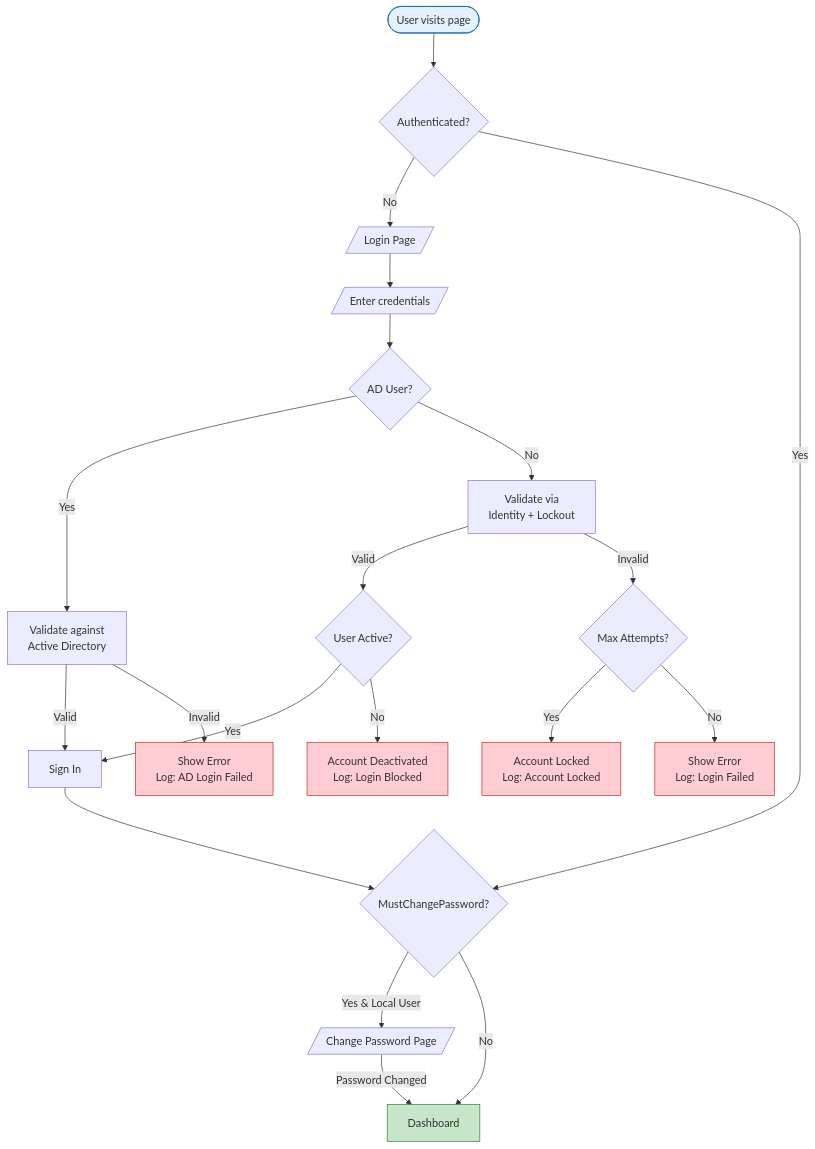
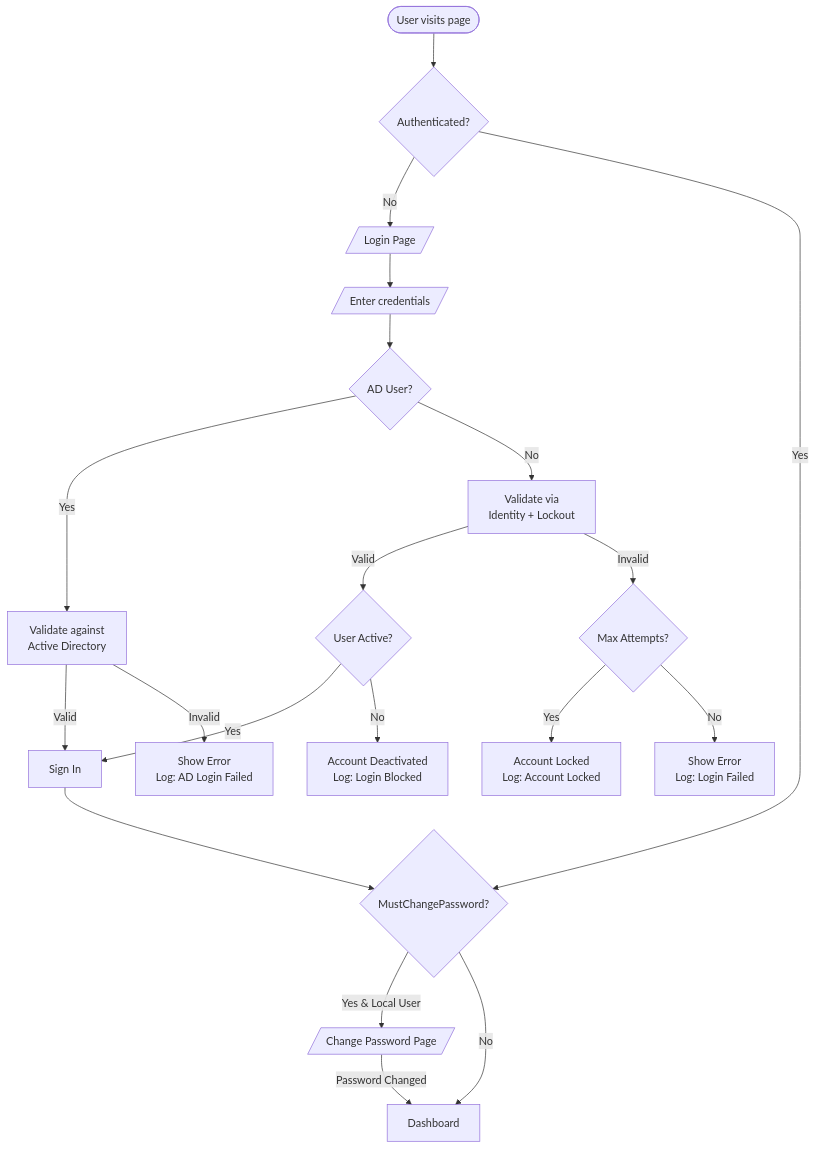
The fourth of 9 diagrams in README.md (aminabibi19961996-gif/LostAndFoundApp), drawn with Mermaid before and after one commit. The commit also changed other lines of this file, not shown here.

Commit message:
fix: remove custom Mermaid colors for GitHub theme compatibility

````diff
--- a/README.md
+++ b/README.md
@@ -504,36 +496,30 @@
 ```mermaid
 flowchart TD
  Start([User visits page]) --> Auth{Authenticated?}
  Auth -->|No| Login[/Login Page/]
  Auth -->|Yes| MCP{MustChangePassword?}
  
  Login --> Creds[/Enter credentials/]
  Creds --> IsAD{AD User?}
  
  IsAD -->|Yes| ADVal["Validate against<br/>Active Directory"]
  IsAD -->|No| LocalVal["Validate via<br/>Identity + Lockout"]
  
  ADVal -->| Valid| SignIn[Sign In]
  ADVal -->| Invalid| Fail["Show Error<br/>Log: AD Login Failed"]
  
  LocalVal -->| Valid| Active{User Active?}
  LocalVal -->| Invalid| FailCount{Max Attempts?}
  
  Active -->|Yes| SignIn
  Active -->|No| Blocked["Account Deactivated<br/>Log: Login Blocked"]
  
  FailCount -->|Yes| Lockout["Account Locked<br/>Log: Account Locked"]
  FailCount -->|No| Fail2["Show Error<br/>Log: Login Failed"]
  
  SignIn --> MCP
  MCP -->|Yes & Local User| ForcePW[/Change Password Page/]
  MCP -->|No| Dashboard["Dashboard"]
  ForcePW -->|Password Changed| Dashboard
 
- style Start fill:#e3f2fd,stroke:#1565c0
- style Dashboard fill:#c8e6c9,stroke:#2e7d32
- style Fail fill:#ffcdd2,stroke:#c62828
- style Fail2 fill:#ffcdd2,stroke:#c62828
- style Blocked fill:#ffcdd2,stroke:#c62828
- style Lockout fill:#ffcdd2,stroke:#c62828
 ```
````
